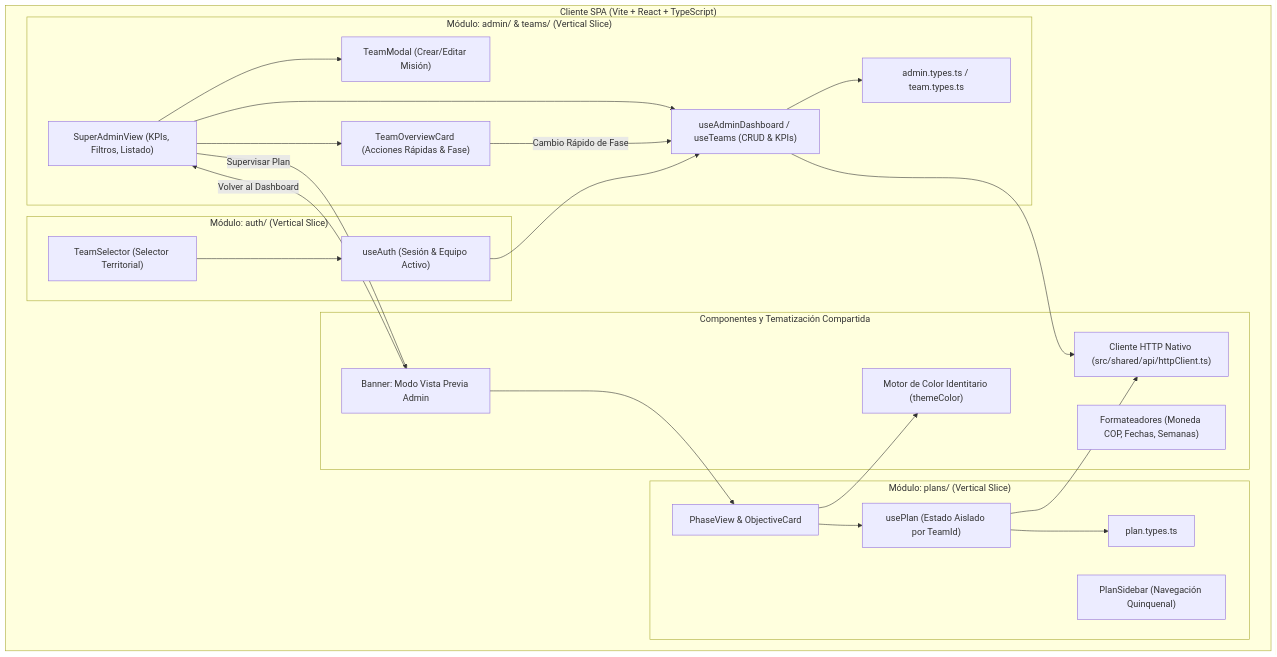
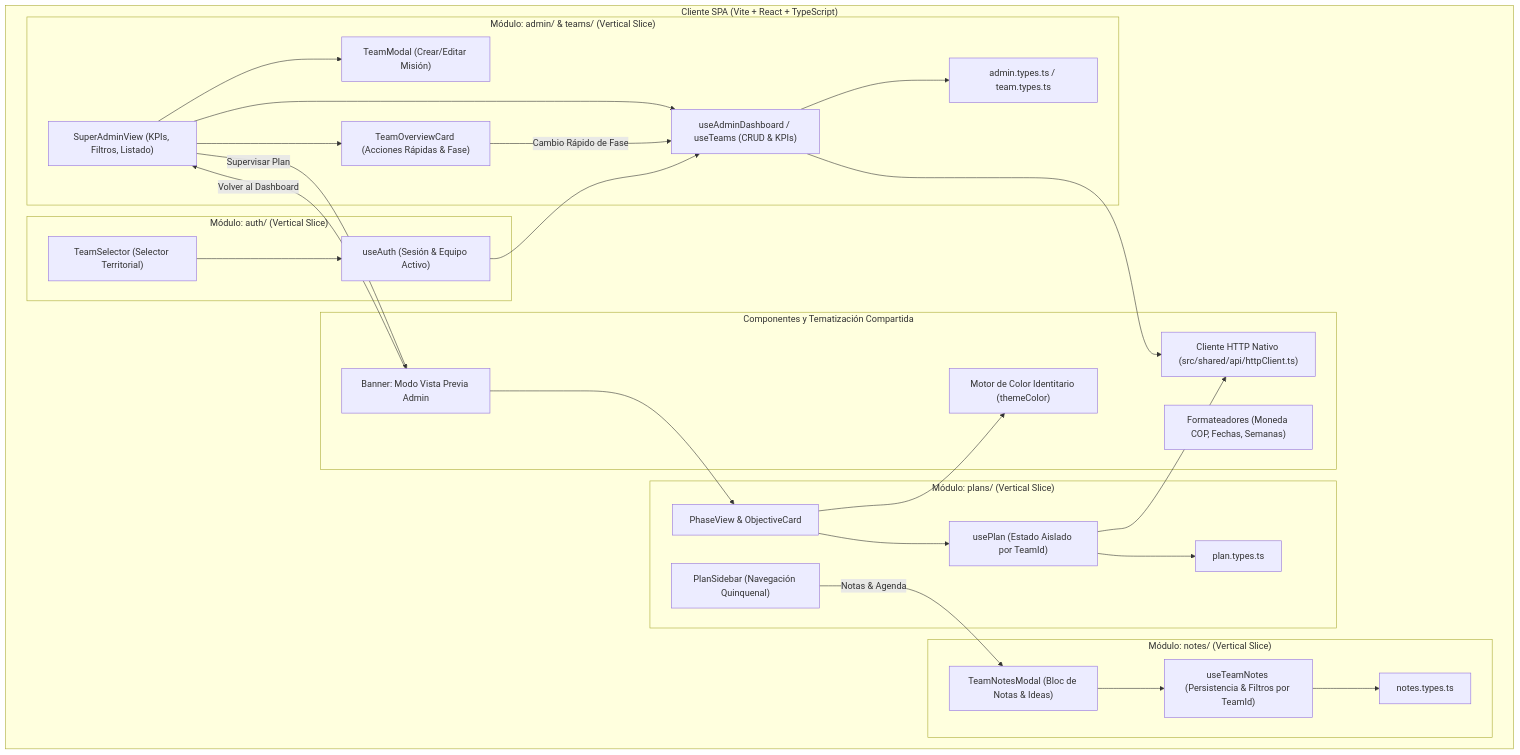
One commit to DavidSolorza/Miincol changed the diagram in docs/1_architecture.md. Above: the diagram before and after it, drawn with Mermaid. The commit also changed other lines of this file and 17 other files, not shown here.

Commit message:
feat(notes): add Notas & Agenda modal to team sidebar with category filters and pinning

````diff
--- a/docs/1_architecture.md
+++ b/docs/1_architecture.md
@@ -21,50 +21,60 @@
 ```mermaid
 graph TD
     subgraph Client ["Cliente SPA (Vite + React + TypeScript)"]
         subgraph AdminSlice ["Módulo: admin/ & teams/ (Vertical Slice)"]
             AdminDashUI["SuperAdminView (KPIs, Filtros, Listado)"]
             TeamModalUI["TeamModal (Crear/Editar Misión)"]
             TeamCardUI["TeamOverviewCard (Acciones Rápidas & Fase)"]
             AdminApp["useAdminDashboard / useTeams (CRUD & KPIs)"]
             TeamDomain["admin.types.ts / team.types.ts"]
         end
 
         subgraph SharedSpace ["Componentes y Tematización Compartida"]
             DynamicTheme["Motor de Color Identitario (themeColor)"]
             PreviewBanner["Banner: Modo Vista Previa Admin"]
             NativeHttp["Cliente HTTP Nativo (src/shared/api/httpClient.ts)"]
             Formatters["Formateadores (Moneda COP, Fechas, Semanas)"]
         end
 
         subgraph PlansSlice ["Módulo: plans/ (Vertical Slice)"]
             PhaseUI["PhaseView & ObjectiveCard"]
             SidebarUI["PlanSidebar (Navegación Quinquenal)"]
             PlanApp["usePlan (Estado Aislado por TeamId)"]
             PlanDomain["plan.types.ts"]
         end
 
+        subgraph NotesSlice ["Módulo: notes/ (Vertical Slice)"]
+            NotesModalUI["TeamNotesModal (Bloc de Notas & Ideas)"]
+            NotesApp["useTeamNotes (Persistencia & Filtros por TeamId)"]
+            NotesDomain["notes.types.ts"]
+        end
+
         subgraph AuthSlice ["Módulo: auth/ (Vertical Slice)"]
             TeamSelectorUI["TeamSelector (Selector Territorial)"]
             AuthApp["useAuth (Sesión & Equipo Activo)"]
         end
     end
 
     AdminDashUI --> TeamModalUI
     AdminDashUI --> TeamCardUI
     AdminDashUI --> AdminApp
     AdminApp --> TeamDomain
     AdminApp --> NativeHttp
 
     AdminDashUI -- "Supervisar Plan" --> PreviewBanner
     PreviewBanner --> PhaseUI
     PreviewBanner -- "Volver al Dashboard" --> AdminDashUI
 
     PhaseUI --> DynamicTheme
     PhaseUI --> PlanApp
     PlanApp --> PlanDomain
     PlanApp --> NativeHttp
 
+    SidebarUI -- "Notas & Agenda" --> NotesModalUI
+    NotesModalUI --> NotesApp
+    NotesApp --> NotesDomain
+
     TeamCardUI -- "Cambio Rápido de Fase" --> AdminApp
     AuthApp --> AdminApp
     TeamSelectorUI --> AuthApp
 ```
````
